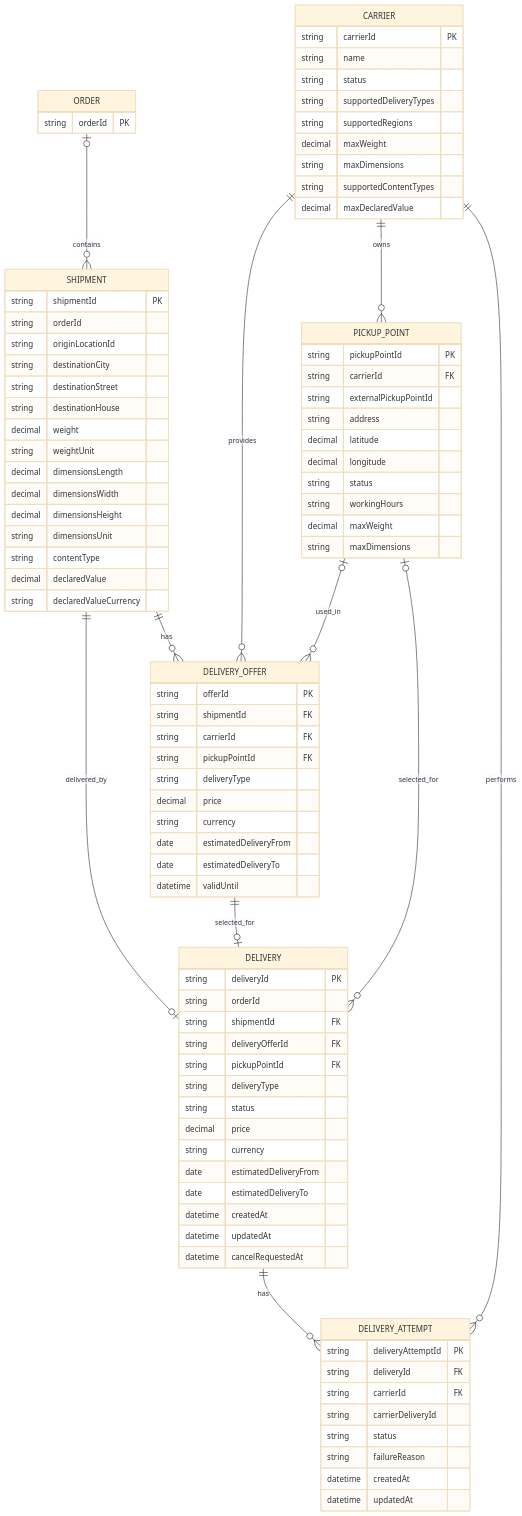
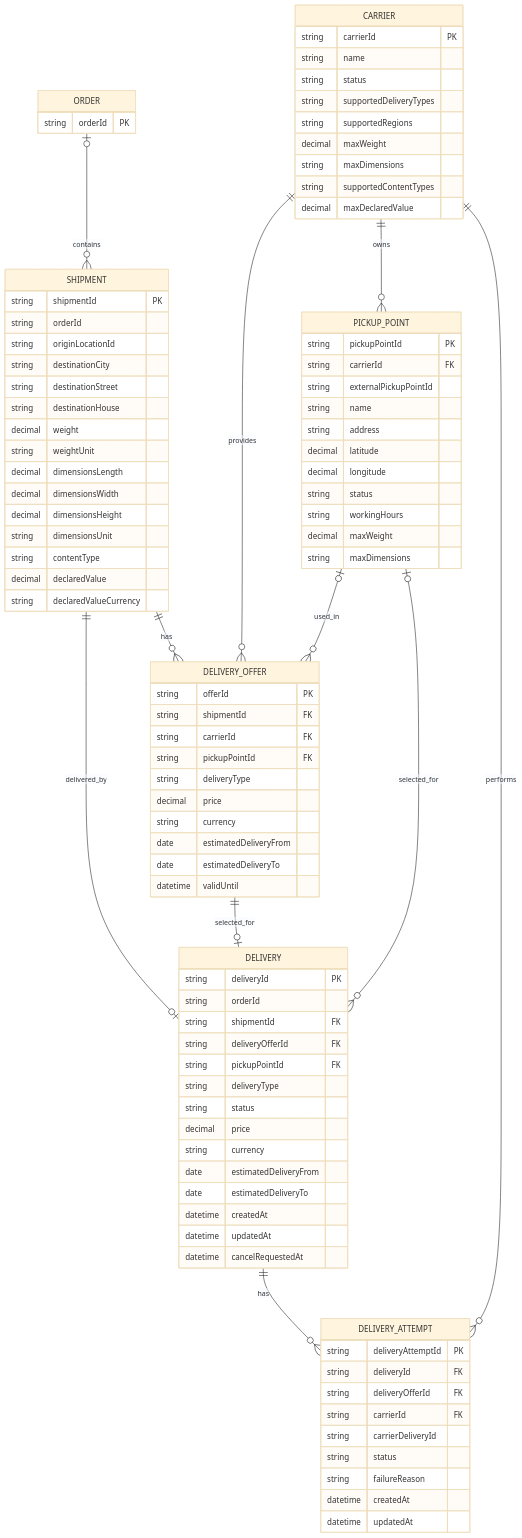
Before and after one commit to the-chill-ocean/delivery-orchestration-platform: the diagram in docs/04-data-model.md, drawn with Mermaid (base theme). The commit also changed other lines of this file, not shown here.

```diff
--- a/docs/04-data-model.md
+++ b/docs/04-data-model.md
@@ -78,6 +78,7 @@
     DELIVERY_ATTEMPT {
         string deliveryAttemptId PK
         string deliveryId FK
+        string deliveryOfferId FK
         string carrierId FK
         string carrierDeliveryId
         string status
@@ -102,6 +103,7 @@
         string pickupPointId PK
         string carrierId FK
         string externalPickupPointId
+        string name
         string address
         decimal latitude
         decimal longitude
```
